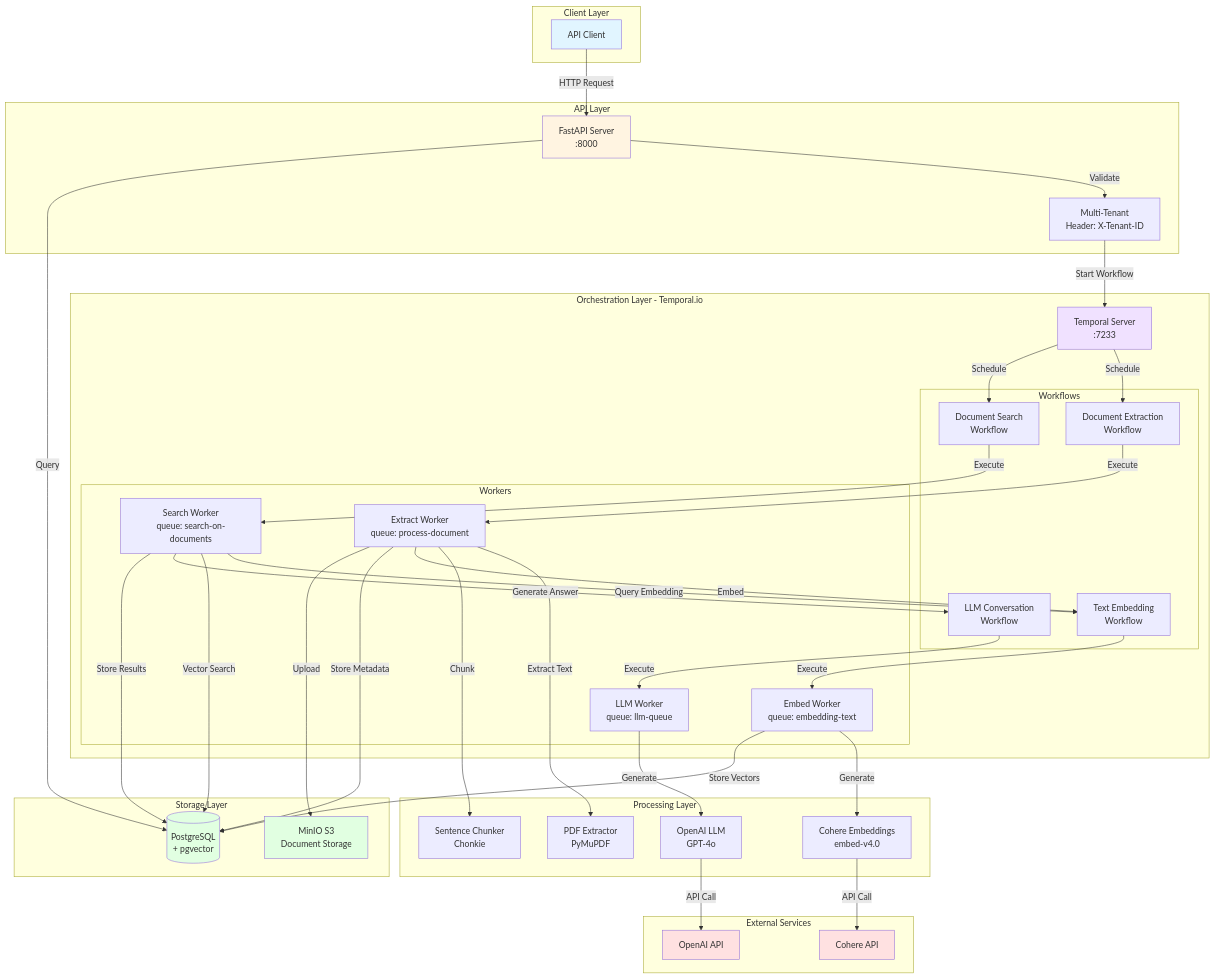
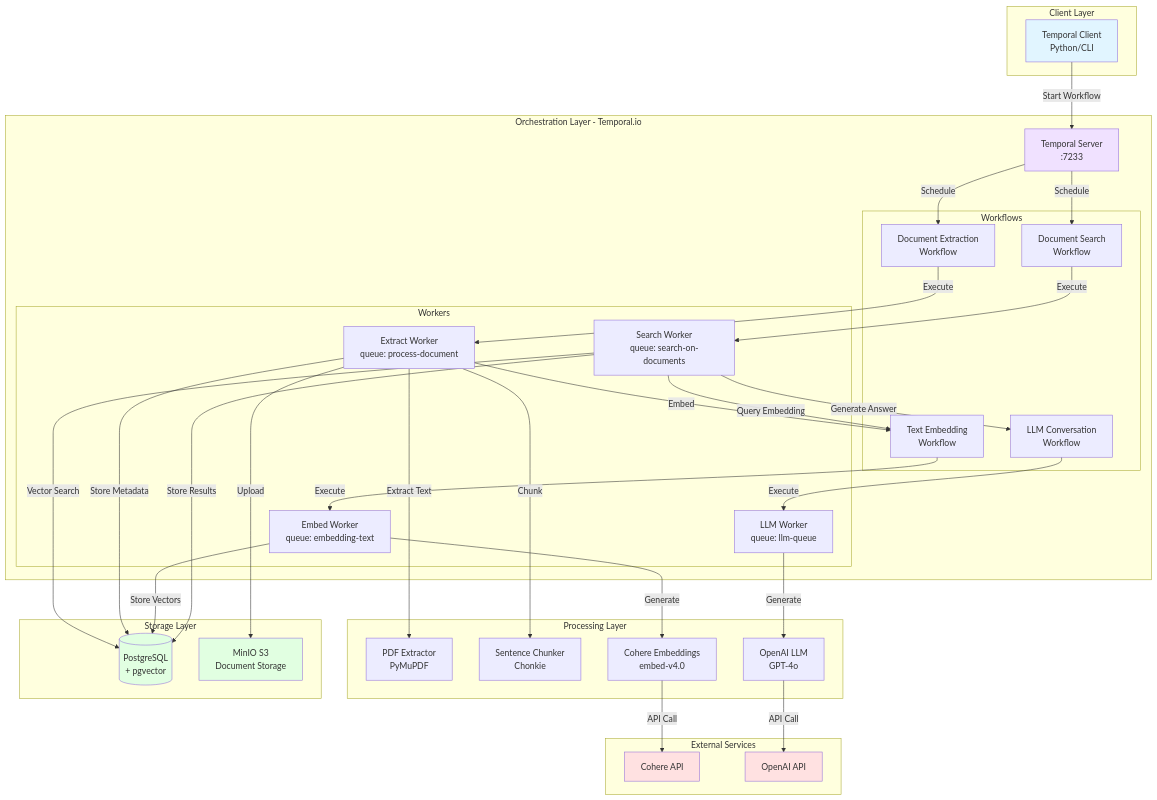
The first of 4 diagrams in README.md (winnin/gdai), drawn with Mermaid before and after one commit. The commit also changed other lines of this file and 21 other files, not shown here.

First line of the commit message:
refactor: remove API layer and transition to Temporal-only architecture

````diff
--- a/README.md
+++ b/README.md
@@ -52,12 +53,7 @@
 ```mermaid
 graph TB
     subgraph "Client Layer"
-        Client[API Client]
-    end
-
-    subgraph "API Layer"
-        API[FastAPI Server<br/>:8000]
-        Auth[Multi-Tenant<br/>Header: X-Tenant-ID]
+        Client[Temporal Client<br/>Python/CLI]
     end
 
     subgraph "Orchestration Layer - Temporal.io"
@@ -95,9 +91,7 @@
         OpenAIAPI[OpenAI API]
     end
 
-    Client -->|HTTP Request| API
-    API -->|Validate| Auth
-    Auth -->|Start Workflow| TemporalServer
+    Client -->|Start Workflow| TemporalServer
 
     TemporalServer -->|Schedule| ExtractWF
     TemporalServer -->|Schedule| SearchWF
@@ -127,10 +121,7 @@
 
     ExtractWorker -->|Upload| S3
 
-    API -->|Query| DB
-
     style Client fill:#e1f5ff
-    style API fill:#fff4e1
     style TemporalServer fill:#f0e1ff
     style DB fill:#e1ffe1
     style S3 fill:#e1ffe1
````
